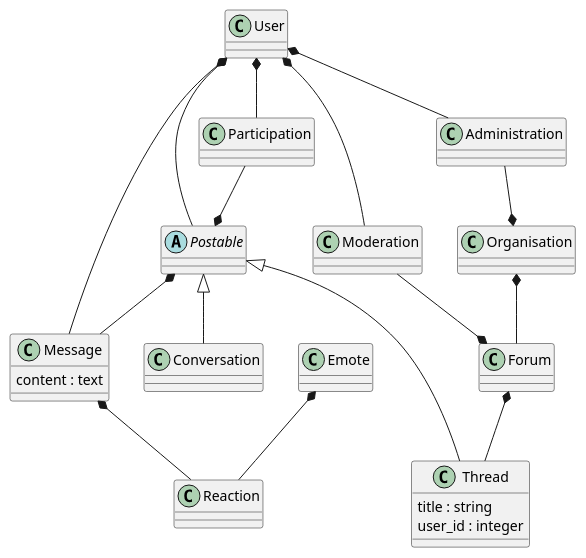
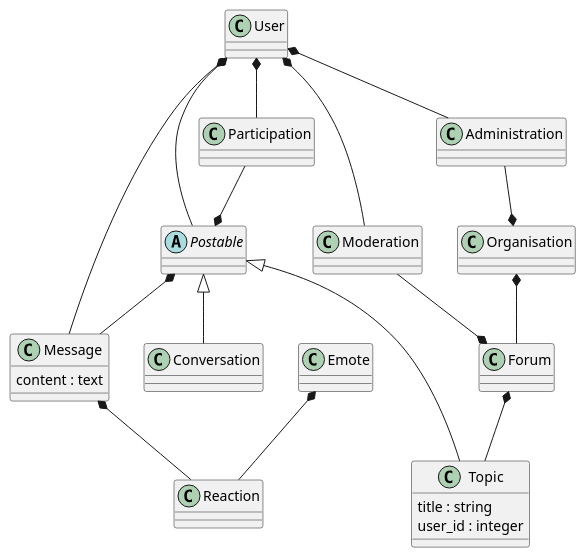
One commit to burnzoire/gather-server changed the diagram in db/erd.md. Above: the diagram before and after it, drawn with PlantUML. The commit also changed 11 other files, not shown here.

Commit message:
adds messages resource with polymorphic assoc to topic as postable

````diff
--- a/db/erd.md
+++ b/db/erd.md
@@ -1,37 +1,37 @@
 ```puml
 @startuml
 class User
 class Message {
   content : text
 }
 abstract class Postable
-class Thread {
+class Topic {
   title : string
   user_id : integer
 }
 class Conversation {
 
 }
 class Participation {
 }
 class Organisation
 class Forum
 
-Postable <|-- Thread
+Postable <|-- Topic
 Postable <|-- Conversation
 Moderation --* Forum
 User *-- Moderation
 Administration --* Organisation
 User *-- Administration
 Postable *-- Message
 Participation --* Postable
 User *-- Participation
 Message *-- Reaction
 Emote *-- Reaction
 Organisation *-- Forum
-Forum *-- Thread
+Forum *-- Topic
 User *-- Postable
 User *-- Message
 
 @enduml
 ```
````
